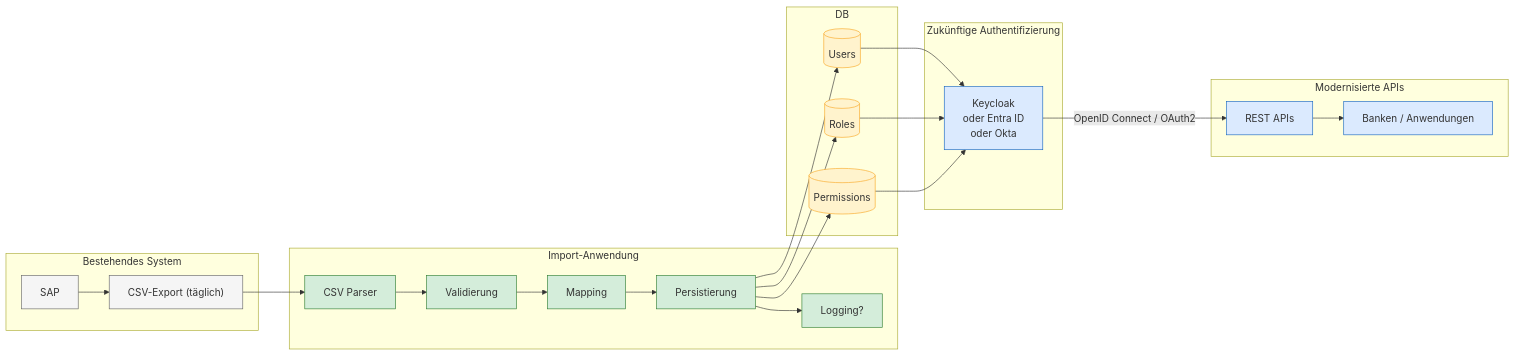
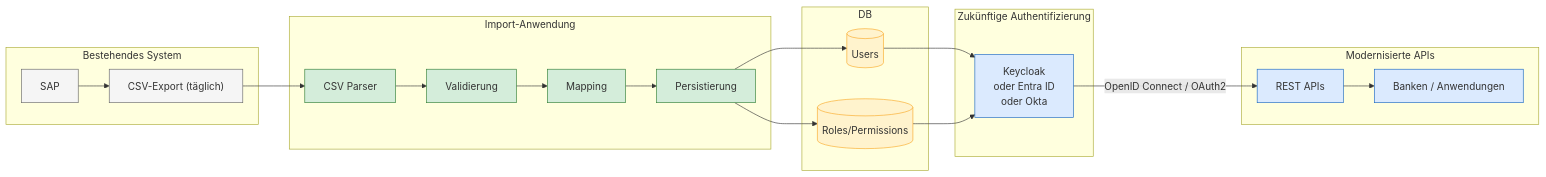
One commit to wikimatze/csv-user-sync changed the diagram in README.md. Above: the diagram before and after it, drawn with Mermaid.

Commit message:
Adjust mermaid again

````diff
--- a/README.md
+++ b/README.md
@@ -48,58 +48,53 @@
 ```mermaid
 flowchart LR
 
     subgraph SAP["Bestehendes System"]
         A["SAP"]
         B["CSV-Export (täglich)"]
         A --> B
     end
 
     subgraph Import["Import-Anwendung"]
         C["CSV Parser"]
         D["Validierung"]
         E["Mapping"]
         F["Persistierung"]
-        G["Logging?"]
 
-        C --> D --> E --> F --> G
+        C --> D --> E --> F
     end
 
     subgraph DB["DB"]
         H[(Users)]
-        I[(Roles)]
-        J[(Permissions)]
+        I[(Roles/Permissions)]
     end
 
     subgraph Auth["Zukünftige Authentifizierung"]
         K["Keycloak<br/>oder Entra ID <br/>oder Okta"]
     end
 
     subgraph API["Modernisierte APIs"]
         L["REST APIs"]
         M["Banken / Anwendungen"]
     end
 
     B --> C
     F --> H
     F --> I
-    F --> J
 
     H --> K
     I --> K
-    J --> K
 
     K -->|"OpenID Connect / OAuth2"| L
     L --> M
     
 
     classDef sap fill:#f5f5f5,stroke:#666;
     classDef poc fill:#d4edda,stroke:#2e7d32;
     classDef db fill:#fff3cd,stroke:#f9a825;
     classDef target fill:#dbeafe,stroke:#1565c0;
 
     class A,B sap;
     class C,D,E,F,G poc;
     class H,I,J db;
     class K,L,M target;
-
 ```
````
